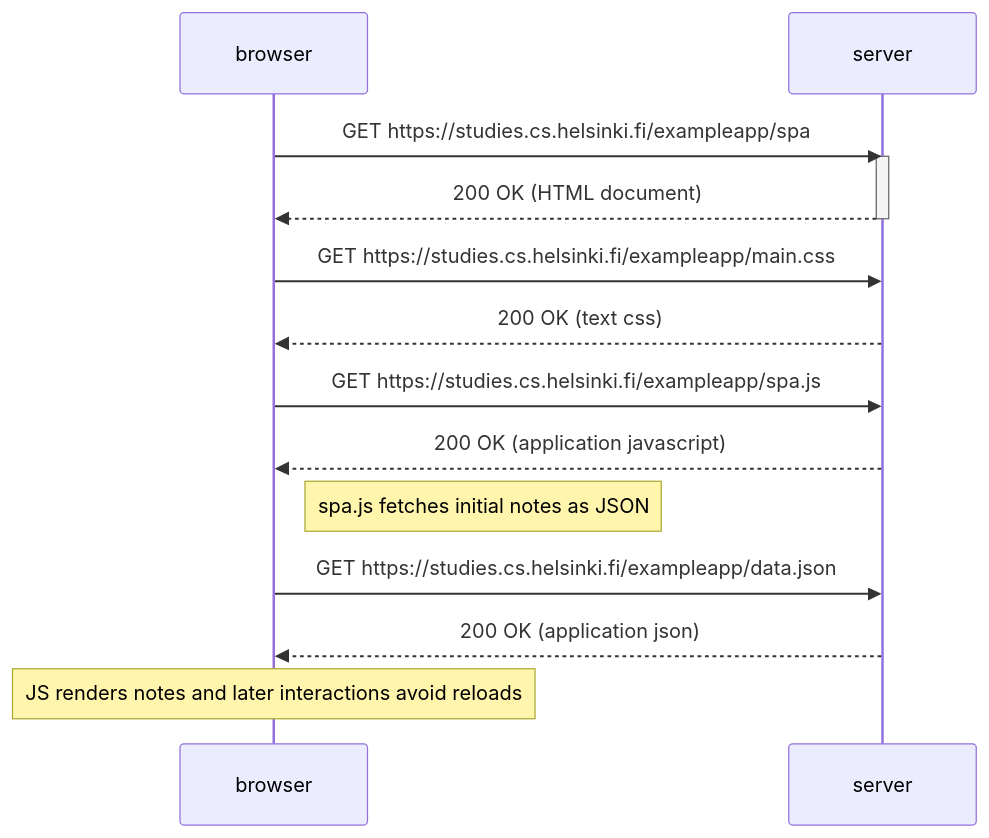
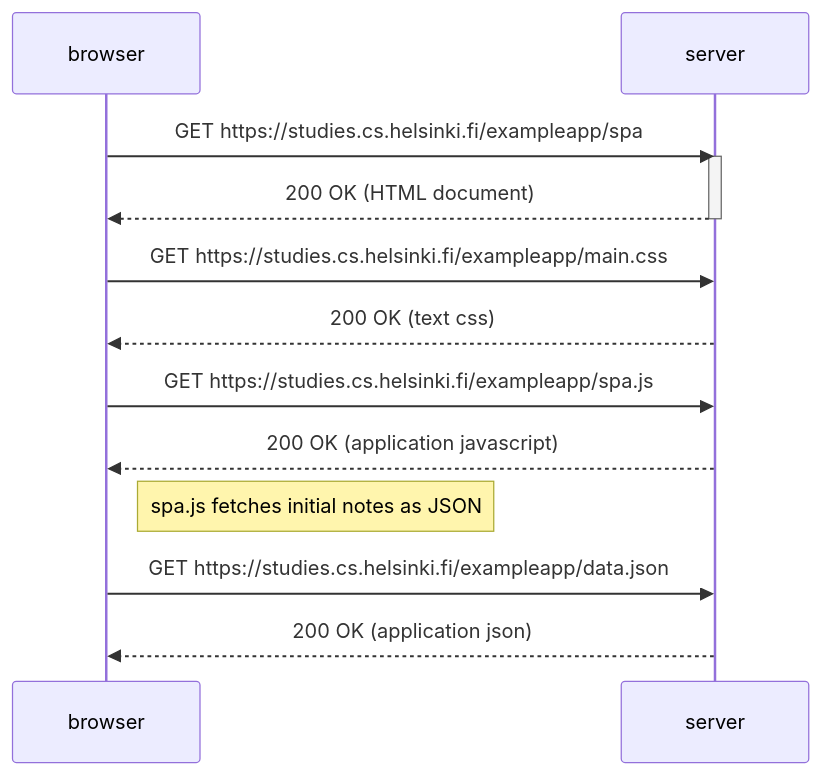
One commit to Waltberry/fullstack-open changed the second of 3 diagrams in part0/diagrams.md. Above: the diagram before and after it, drawn with Mermaid. The commit also changed other lines of this file, not shown here.

````diff
--- a/part0/diagrams.md
+++ b/part0/diagrams.md
@@ -34,22 +33,21 @@
 ```mermaid
 sequenceDiagram
     participant browser
     participant server
 
     browser->>server: GET https://studies.cs.helsinki.fi/exampleapp/spa
     activate server
     server-->>browser: 200 OK (HTML document)
     deactivate server
 
     browser->>server: GET https://studies.cs.helsinki.fi/exampleapp/main.css
     server-->>browser: 200 OK (text css)
 
     browser->>server: GET https://studies.cs.helsinki.fi/exampleapp/spa.js
     server-->>browser: 200 OK (application javascript)
 
     Note right of browser: spa.js fetches initial notes as JSON
     browser->>server: GET https://studies.cs.helsinki.fi/exampleapp/data.json
     server-->>browser: 200 OK (application json)
 
-    Note over browser: JS renders notes and later interactions avoid reloads
 ```
````
